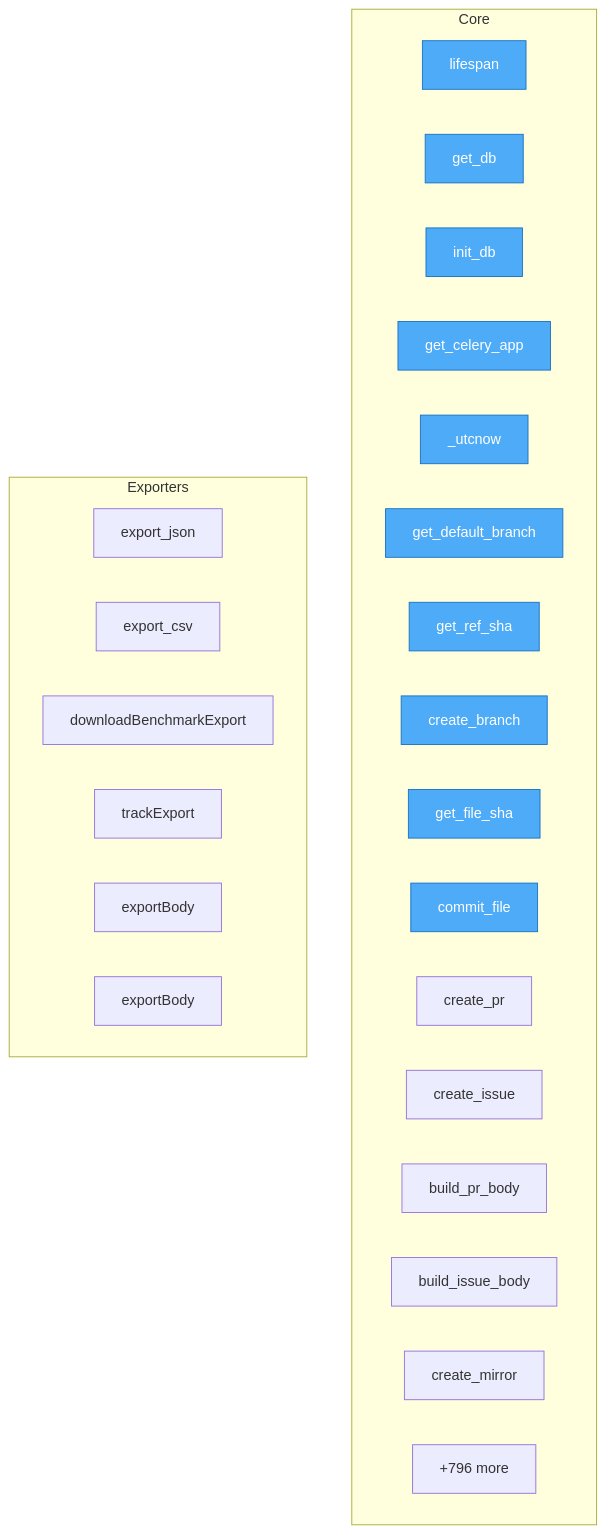
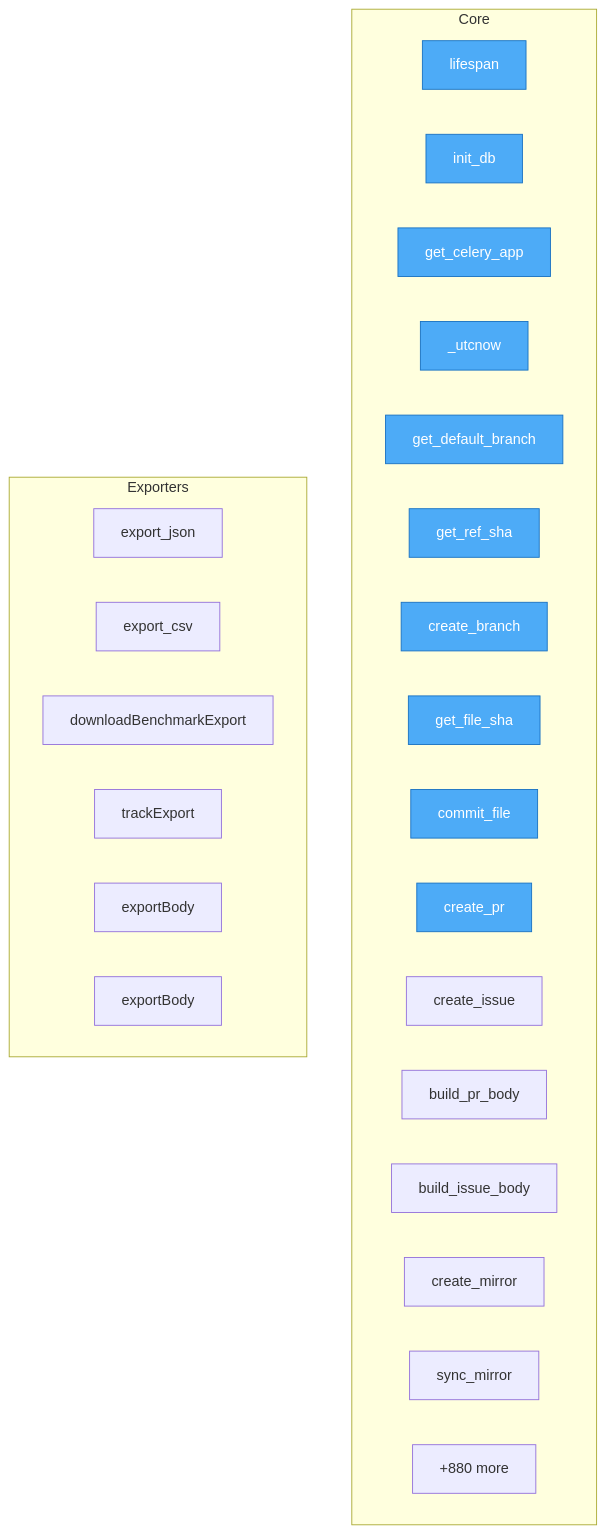
Before and after one commit to semcod/www: the diagram in project/flow.mmd, drawn with Mermaid. The commit also changed 40 other files, not shown here.

```diff
--- a/project/flow.mmd
+++ b/project/flow.mmd
@@ -1,34 +1,34 @@
 flowchart TD
 
     %% Entry points (blue)
     classDef entry fill:#4dabf7,stroke:#1971c2,color:#fff
 
     subgraph Core
         backend__server__lifespan["lifespan"]
-        backend__db_session__get_db["get_db"]
         backend__db_session__init_db["init_db"]
         backend__worker__get_celery_app["get_celery_app"]
         backend__db_models___utcnow["_utcnow"]
         backend__services__autopr_helpers__BranchManager__get_default_branch["get_default_branch"]
         backend__services__autopr_helpers__BranchManager__get_ref_sha["get_ref_sha"]
         backend__services__autopr_helpers__BranchManager__create_branch["create_branch"]
         backend__services__autopr_helpers__PatchApplier__get_file_sha["get_file_sha"]
         backend__services__autopr_helpers__PatchApplier__commit_file["commit_file"]
         backend__services__autopr_helpers__PRCreator__create_pr["create_pr"]
         backend__services__autopr_helpers__PRCreator__create_issue["create_issue"]
         backend__services__autopr_helpers__PRCreator__build_pr_body["build_pr_body"]
         backend__services__autopr_helpers__PRCreator__build_issue_body["build_issue_body"]
         backend__services__mirror__MirrorService__create_mirror["create_mirror"]
-        ...["+796 more"]
+        backend__services__mirror__MirrorService__sync_mirror["sync_mirror"]
+        ...["+880 more"]
     end
 
     subgraph Exporters
         backend__routers__benchmark__export_json["export_json"]
         backend__routers__benchmark__export_csv["export_csv"]
         frontend__src__api__downloadBenchmarkExport["downloadBenchmarkExport"]
         frontend__src__hooks__useBenchmarkTracking__trackExport["trackExport"]
         frontend__e2e__benchmark__spec__exportBody["exportBody"]
         frontend__e2e__system_integration__spec__exportBody["exportBody"]
     end
 
-    class backend__server__lifespan,backend__db_session__get_db,backend__db_session__init_db,backend__worker__get_celery_app,backend__db_models___utcnow,backend__services__autopr_helpers__BranchManager__get_default_branch,backend__services__autopr_helpers__BranchManager__get_ref_sha,backend__services__autopr_helpers__BranchManager__create_branch,backend__services__autopr_helpers__PatchApplier__get_file_sha,backend__services__autopr_helpers__PatchApplier__commit_file entry
+    class backend__server__lifespan,backend__db_session__init_db,backend__worker__get_celery_app,backend__db_models___utcnow,backend__services__autopr_helpers__BranchManager__get_default_branch,backend__services__autopr_helpers__BranchManager__get_ref_sha,backend__services__autopr_helpers__BranchManager__create_branch,backend__services__autopr_helpers__PatchApplier__get_file_sha,backend__services__autopr_helpers__PatchApplier__commit_file,backend__services__autopr_helpers__PRCreator__create_pr entry
```
